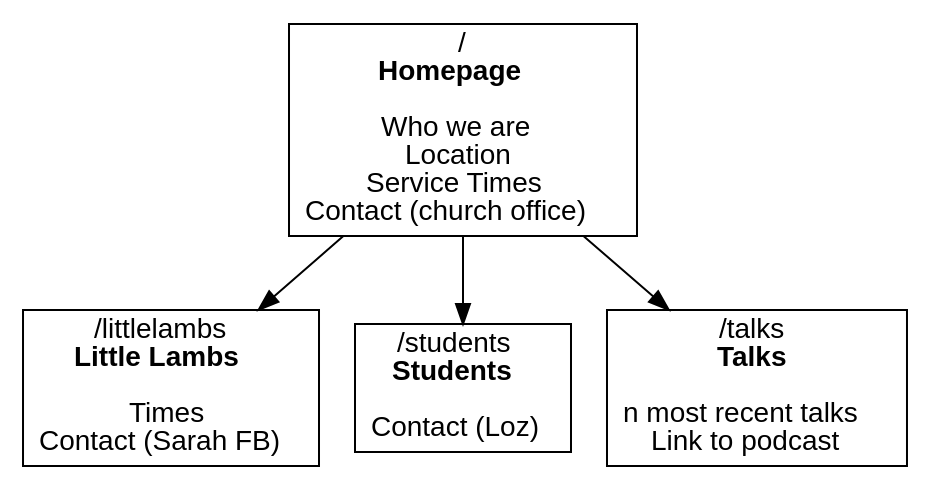
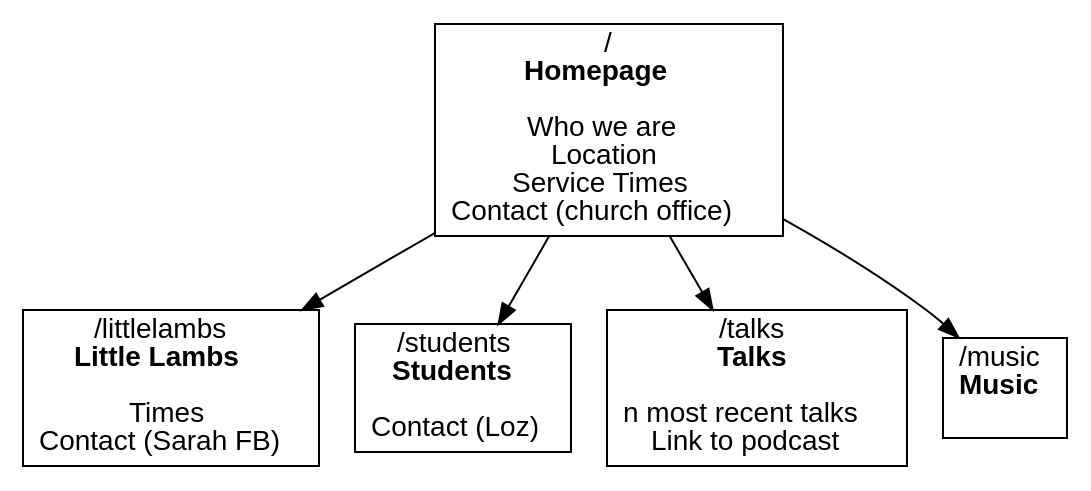
One commit to ChristChurchMayfair/ccm_jekyll_site changed the diagram in siteplan.dot. Above: the diagram before and after it, drawn with Graphviz.

Commit message:
Update site plan

```diff
--- a/siteplan.dot
+++ b/siteplan.dot
@@ -1,12 +1,14 @@
 digraph ccm_site_plan {
   node [shape=record fontname="Helvetica"];
   homepage [label = </<BR/><B>Homepage</B><BR/><BR/>Who we are<BR/>Location<BR/>Service Times<BR/>Contact (church office)>];
   littlelambs [label = </littlelambs<BR/><B>Little Lambs</B><BR/><BR/>Times<BR/>Contact (Sarah FB)>];
   students [label = </students<BR/><B>Students</B><BR/><BR/>Contact (Loz)>];
   talks [label = </talks<BR/><B>Talks</B><BR/><BR/>n most recent talks<BR/>Link to podcast>];
+  music [label = </music<BR/><B>Music</B><BR/><BR/>>];
 
 
   homepage -> littlelambs;
   homepage -> students;
   homepage -> talks;
+  homepage -> music;
 }
```
